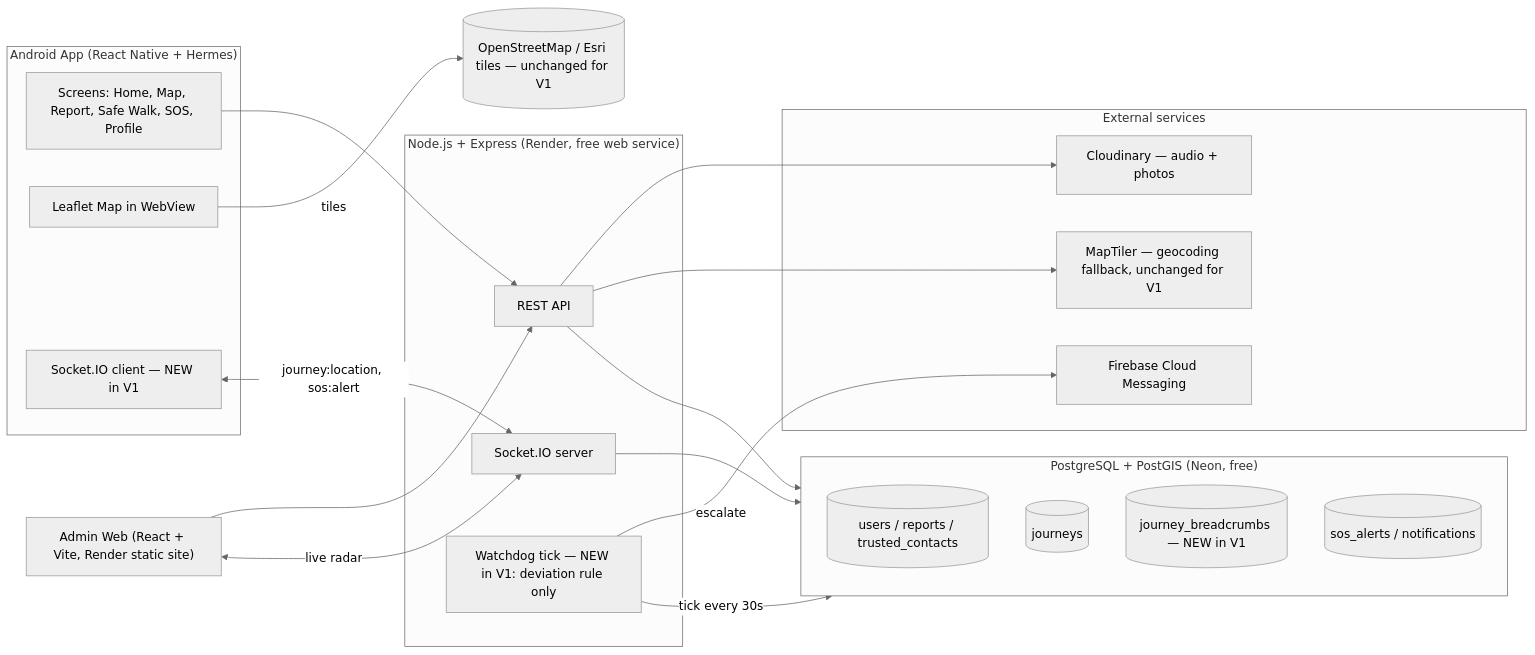
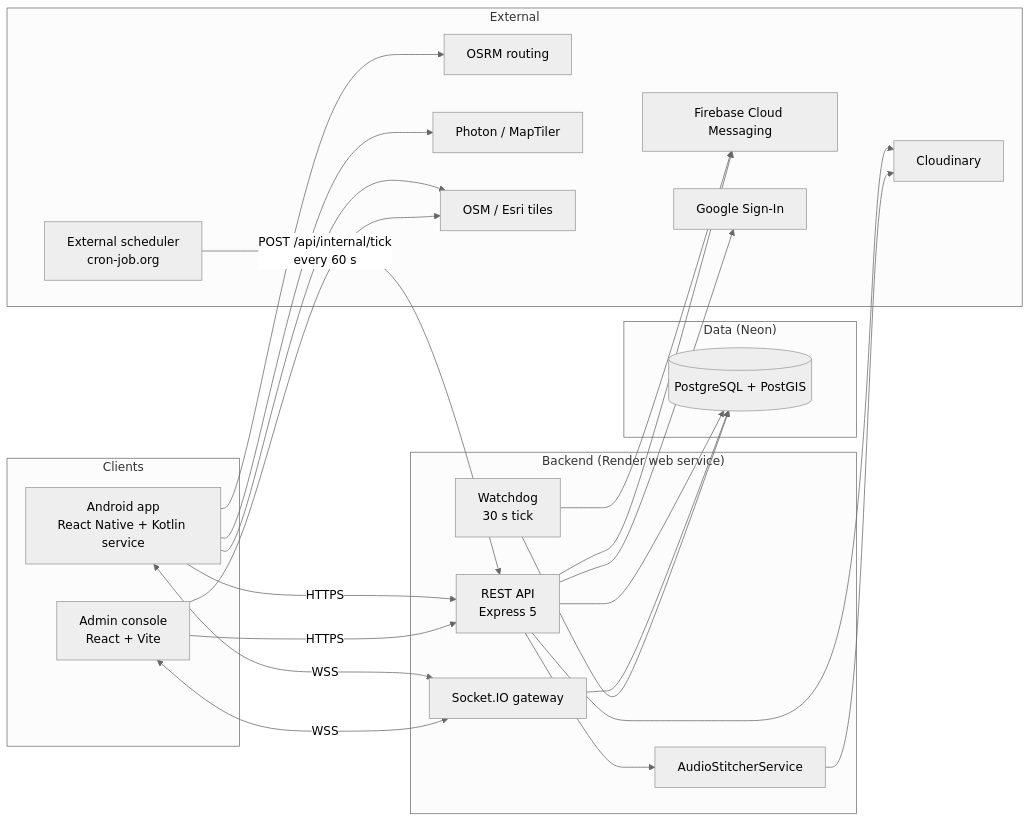
Before and after one commit to safora-safety/Safora: the first of 9 diagrams in docs/v1/architecture.md, drawn with Mermaid (neutral theme). The commit also changed other lines of this file and 53 other files, not shown here.

````diff
--- a/docs/v1/architecture.md
+++ b/docs/v1/architecture.md
@@ -5,41 +21,47 @@
 ```mermaid
 flowchart LR
-    subgraph Mobile["Android App (React Native + Hermes)"]
-        UI[Screens: Home, Map, Report, Safe Walk, SOS, Profile]
-        WV[Leaflet Map in WebView]
-        SIO_C[Socket.IO client — NEW in V1]
+    subgraph Clients
+        MOB["Android app<br/>React Native + Kotlin service"]
+        ADM["Admin console<br/>React + Vite"]
     end
 
-    subgraph Backend["Node.js + Express (Render, free web service)"]
-        API[REST API]
-        SIO_S[Socket.IO server]
-        WD[Watchdog tick — NEW in V1: deviation rule only]
+    subgraph Backend["Backend (Render web service)"]
+        API["REST API<br/>Express 5"]
+        SIO["Socket.IO gateway"]
+        WD["Watchdog<br/>30 s tick"]
+        AUD["AudioStitcherService"]
     end
 
-    subgraph DB["PostgreSQL + PostGIS (Neon, free)"]
-        T1[(users / reports / trusted_contacts)]
-        T2[(journeys)]
-        T3[(journey_breadcrumbs — NEW in V1)]
-        T4[(sos_alerts / notifications)]
+    subgraph Data["Data (Neon)"]
+        DB[("PostgreSQL + PostGIS")]
     end
 
-    subgraph External["External services"]
-        FCM[Firebase Cloud Messaging]
-        CLD[Cloudinary — audio + photos]
-        MT[MapTiler — geocoding fallback, unchanged for V1]
+    subgraph External
+        FCM["Firebase Cloud Messaging"]
+        CLD["Cloudinary"]
+        OSRM["OSRM routing"]
+        GEO["Photon / MapTiler"]
+        TILES["OSM / Esri tiles"]
+        GSI["Google Sign-In"]
+        CRON["External scheduler<br/>cron-job.org"]
     end
 
-    Admin["Admin Web (React + Vite, Render static site)"]
-
-    UI --> API
-    WV -->|tiles| OSM[(OpenStreetMap / Esri tiles — unchanged for V1)]
-    SIO_C <-->|journey:location, sos:alert| SIO_S
+    MOB -->|"HTTPS"| API
+    MOB <-->|"WSS"| SIO
+    ADM -->|"HTTPS"| API
+    ADM <-->|"WSS"| SIO
     API --> DB
-    SIO_S --> DB
-    WD -->|tick every 30s| DB
-    WD -->|escalate| FCM
+    SIO --> DB
+    WD --> DB
+    WD --> FCM
+    API --> FCM
     API --> CLD
-    API --> MT
-    Admin --> API
-    Admin <-->|live radar| SIO_S
+    API --> AUD
+    AUD --> CLD
+    API --> GSI
+    MOB --> OSRM
+    MOB --> GEO
+    MOB --> TILES
+    ADM --> TILES
+    CRON -->|"POST /api/internal/tick<br/>every 60 s"| API
 ```
````
